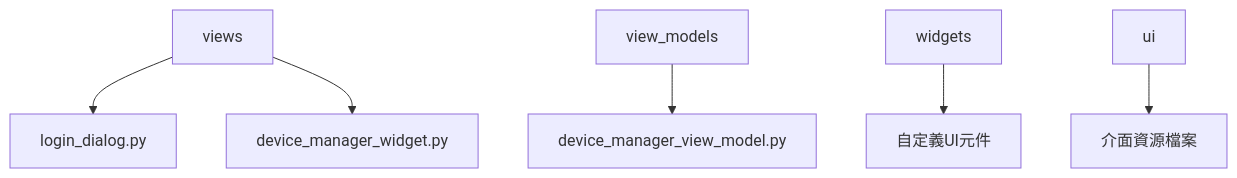
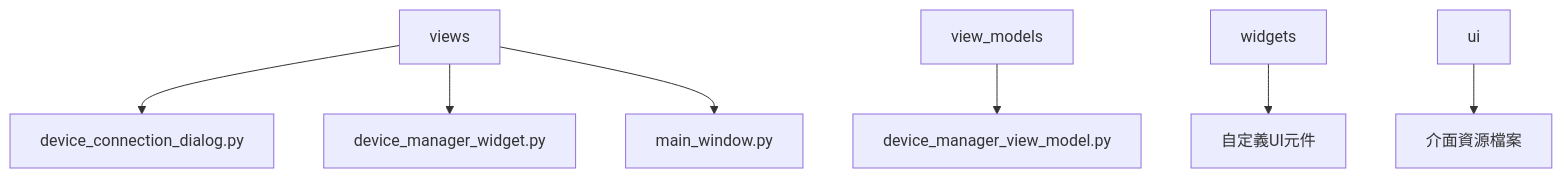
The second of 9 diagrams in orion_developer_document.md (MingYuan-Chen/orion_v2), drawn with Mermaid before and after one commit. The commit also changed other lines of this file, not shown here.

````diff
--- a/orion_developer_document.md
+++ b/orion_developer_document.md
@@ -95,13 +103,14 @@
 ```mermaid
 graph TD
     A[views]
     B[view_models]
     C[widgets]
     D[ui]
     
-    A --> A1[login_dialog.py]
+    A --> A1[device_connection_dialog.py]
     A --> A2[device_manager_widget.py]
+    A --> A3[main_window.py]
     B --> B1[device_manager_view_model.py]
     C --> C1[自定義UI元件]
     D --> D1[介面資源檔案]
 ```
````
